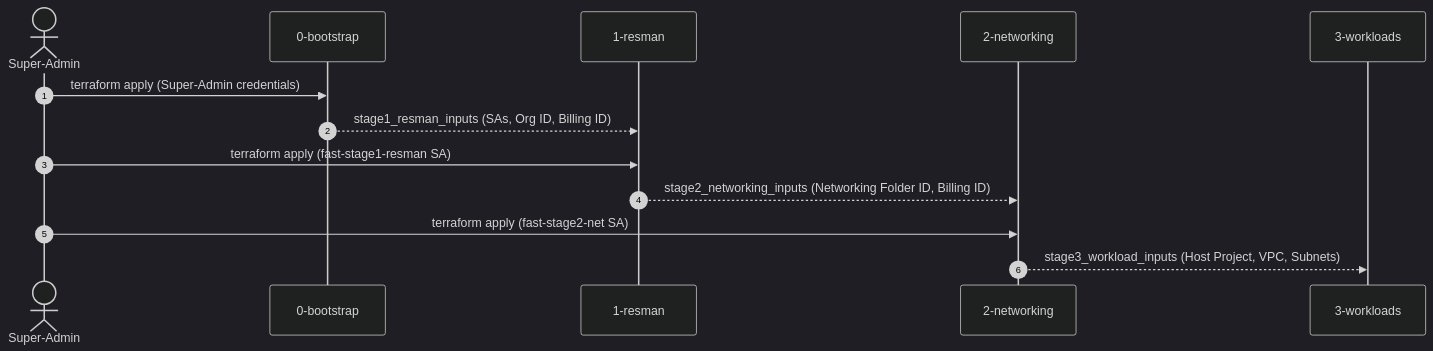
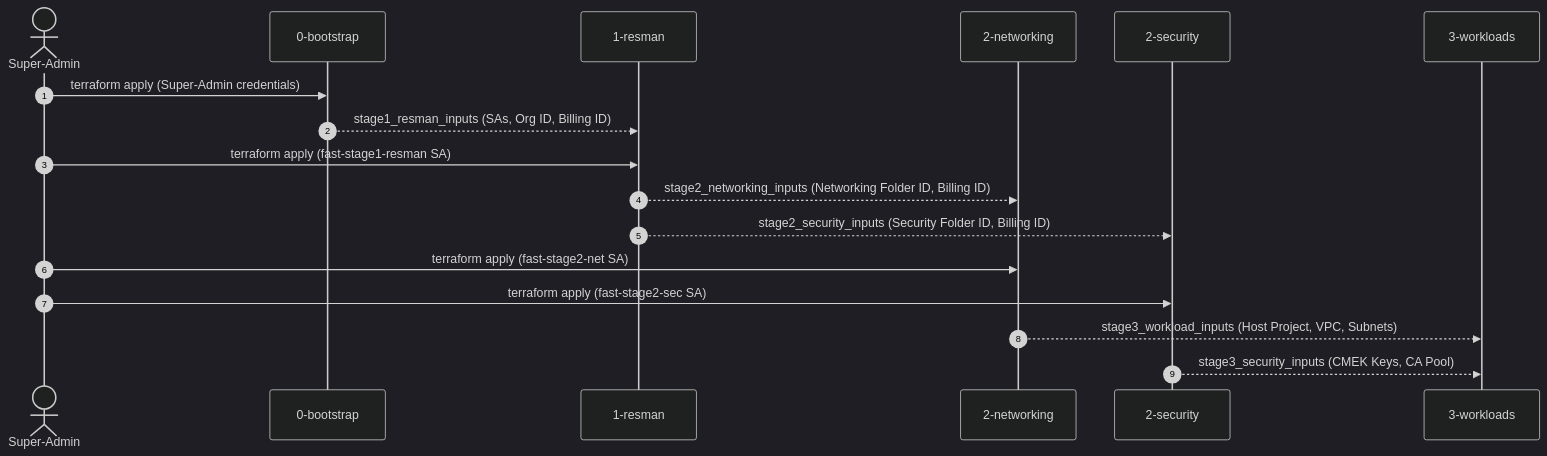
Before and after one commit to teemu61/fast-test: the second of 2 diagrams in README.md, drawn with Mermaid (dark theme). The commit also changed other lines of this file and 10 other files, not shown here.

Commit message:
feat(security): add Google FAST Stage 2 security example

````diff
--- a/README.md
+++ b/README.md
@@ -40,16 +41,20 @@
 ```mermaid
 sequenceDiagram
     autonumber
     actor Admin as Super-Admin
     participant S0 as 0-bootstrap
     participant S1 as 1-resman
-    participant S2 as 2-networking
+    participant S2N as 2-networking
+    participant S2S as 2-security
     participant S3 as 3-workloads
 
     Admin->>S0: terraform apply (Super-Admin credentials)
     S0-->>S1: stage1_resman_inputs (SAs, Org ID, Billing ID)
     Admin->>S1: terraform apply (fast-stage1-resman SA)
-    S1-->>S2: stage2_networking_inputs (Networking Folder ID, Billing ID)
-    Admin->>S2: terraform apply (fast-stage2-net SA)
-    S2-->>S3: stage3_workload_inputs (Host Project, VPC, Subnets)
+    S1-->>S2N: stage2_networking_inputs (Networking Folder ID, Billing ID)
+    S1-->>S2S: stage2_security_inputs (Security Folder ID, Billing ID)
+    Admin->>S2N: terraform apply (fast-stage2-net SA)
+    Admin->>S2S: terraform apply (fast-stage2-sec SA)
+    S2N-->>S3: stage3_workload_inputs (Host Project, VPC, Subnets)
+    S2S-->>S3: stage3_security_inputs (CMEK Keys, CA Pool)
 ```
````
